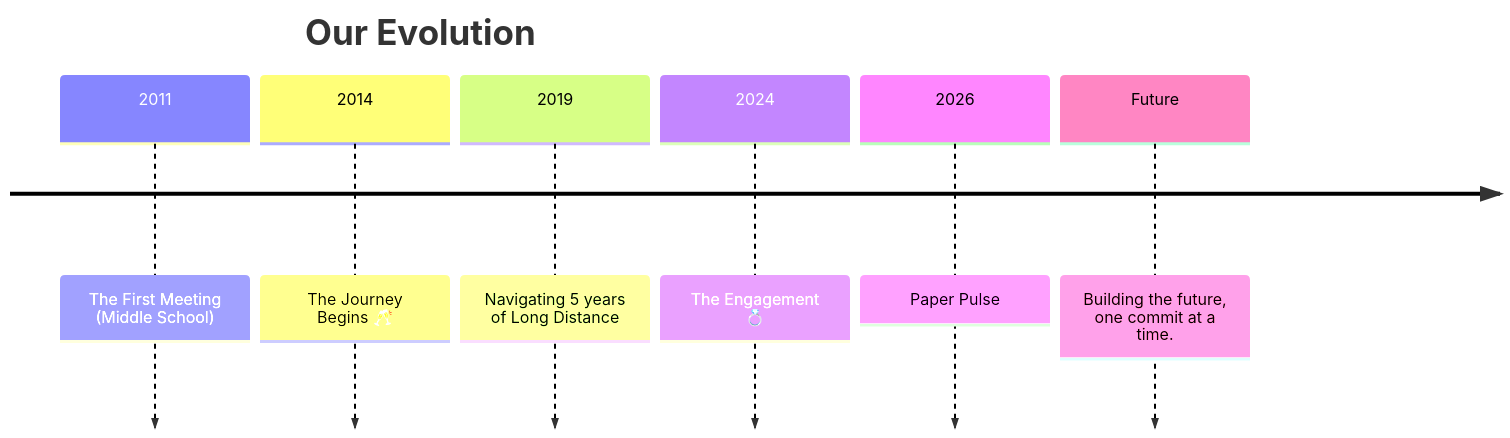
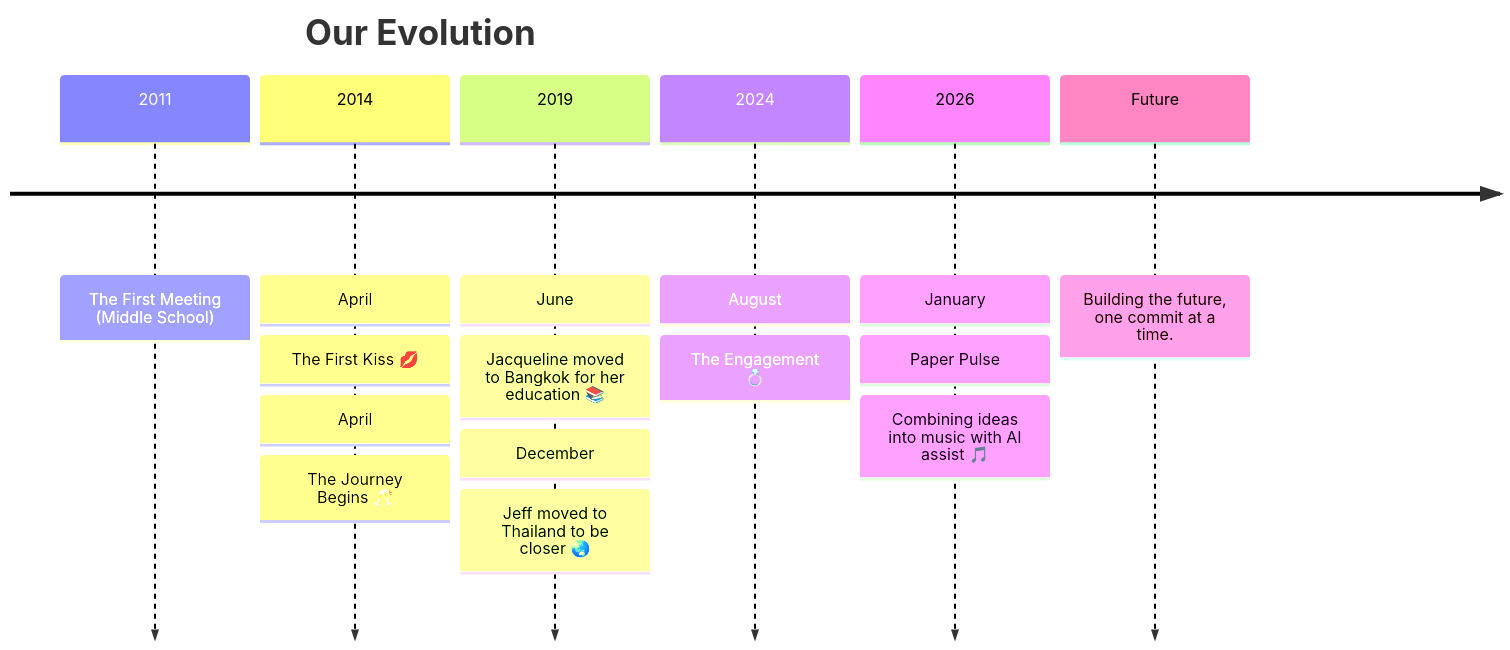
Before and after one commit to ScarletFoundry/love-journey: the diagram in README.md, drawn with Mermaid. The commit also changed other lines of this file, not shown here.

Commit message:
chore: automated journey update [skip ci]

````diff
--- a/README.md
+++ b/README.md
@@ -10,10 +10,10 @@
 ```mermaid
 timeline
     title Our Evolution
     2011 : The First Meeting (Middle School)
-    2014 : The Journey Begins 🥂
-    2019 : Navigating 5 years of Long Distance
-    2024 : The Engagement 💍
-    2026 : Paper Pulse
+    2014 : April: The First Kiss 💋 : April: The Journey Begins 🥂
+    2019 : June: Jacqueline moved to Bangkok for her education 📚 : December: Jeff moved to Thailand to be closer 🌏
+    2024 : August: The Engagement 💍
+    2026 : January: Paper Pulse: Combining ideas into music with AI assist 🎵
     Future : Building the future, one commit at a time.
 ```
````
